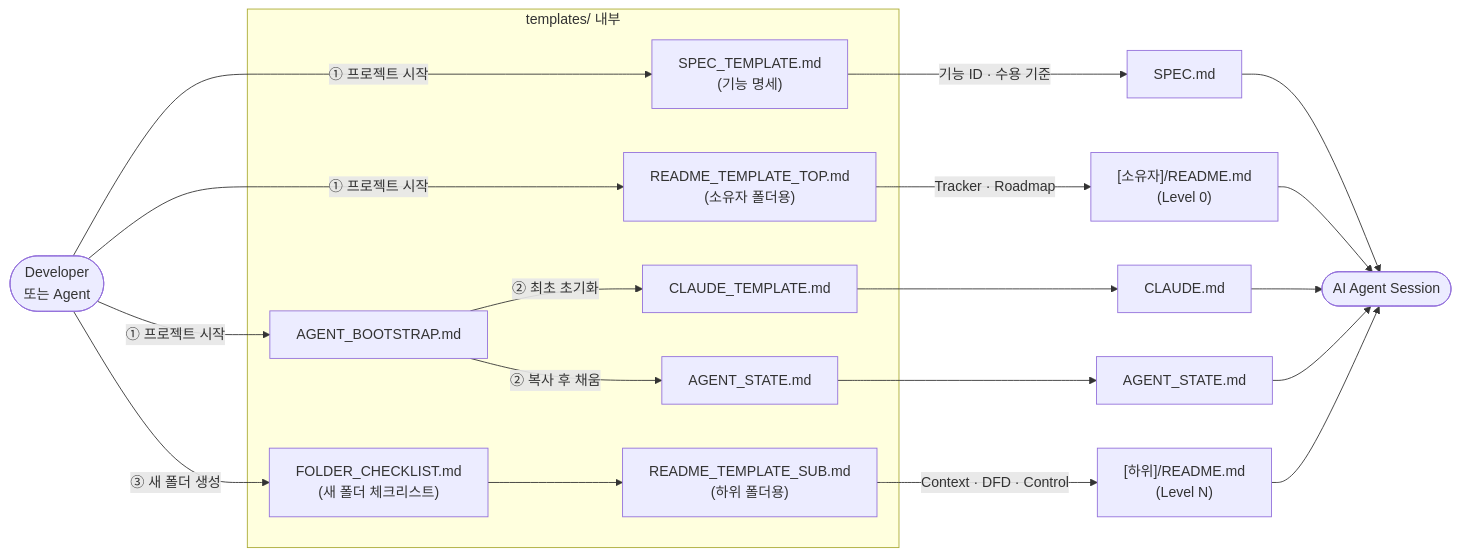
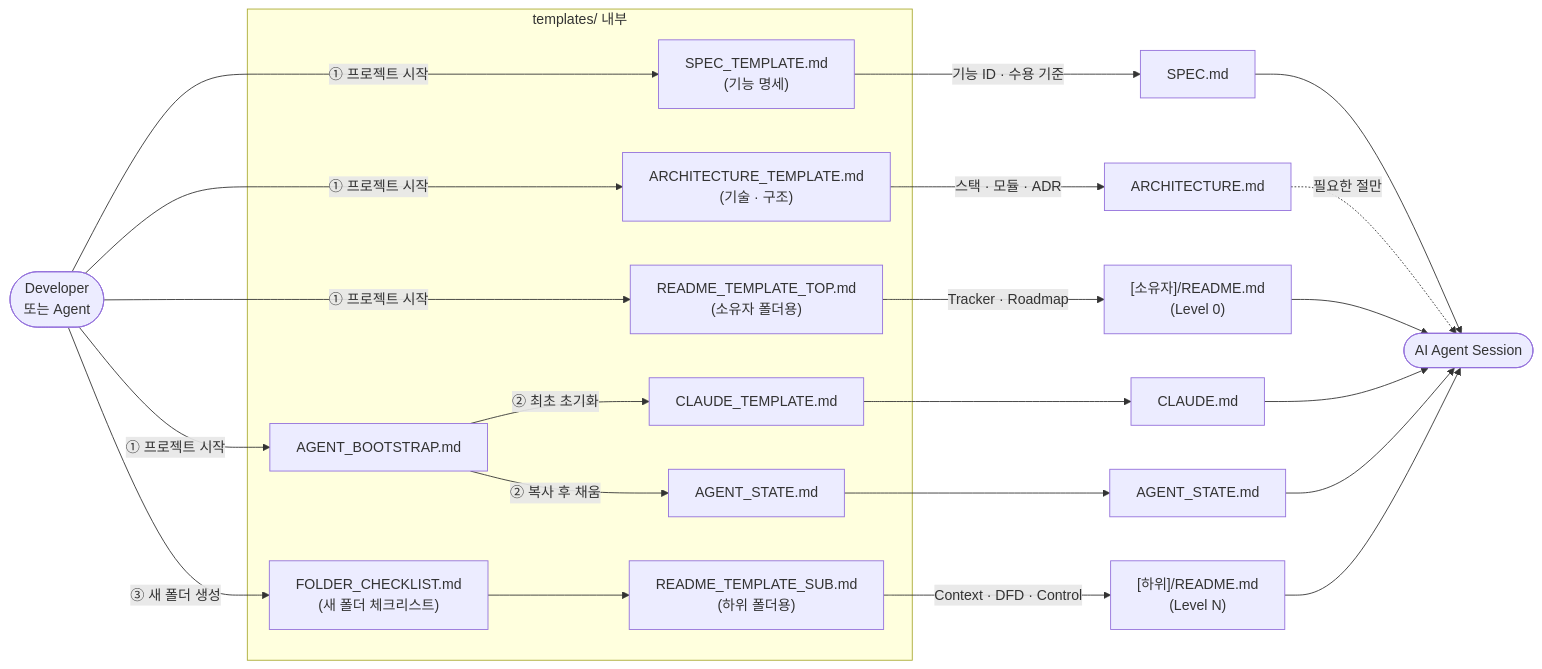
The diagram in templates/README.md (kimtaesung98/ai-agent-chat-demo), drawn with Mermaid before and after one commit. The commit also changed other lines of this file and 21 other files, not shown here.

First line of the commit message:
docs: add ARCHITECTURE.md — current Node MVP + Go/Flutter target (framework v2.1)

````diff
--- a/templates/README.md
+++ b/templates/README.md
@@ -29,30 +29,34 @@
 ```mermaid
 flowchart LR
     Developer([Developer<br>또는 Agent])
 
     subgraph Templates ["templates/ 내부"]
         SPECT["SPEC_TEMPLATE.md<br>(기능 명세)"]
+        ARCHT["ARCHITECTURE_TEMPLATE.md<br>(기술 · 구조)"]
         TMPL_TOP["README_TEMPLATE_TOP.md<br>(소유자 폴더용)"]
         CHKL["FOLDER_CHECKLIST.md<br>(새 폴더 체크리스트)"]
         TMPL_SUB["README_TEMPLATE_SUB.md<br>(하위 폴더용)"]
         CLT["CLAUDE_TEMPLATE.md"]
         BOOT["AGENT_BOOTSTRAP.md"]
         STATET["AGENT_STATE.md"]
     end
 
     Developer -->|"① 프로젝트 시작"| SPECT
+    Developer -->|"① 프로젝트 시작"| ARCHT
     Developer -->|"① 프로젝트 시작"| TMPL_TOP
     Developer -->|"① 프로젝트 시작"| BOOT
     SPECT -->|"기능 ID · 수용 기준"| Spec["SPEC.md"]
+    ARCHT -->|"스택 · 모듈 · ADR"| Arch["ARCHITECTURE.md"]
     TMPL_TOP -->|"Tracker · Roadmap"| TopREADME["[소유자]/README.md<br>(Level 0)"]
     BOOT -->|"② 최초 초기화"| CLT --> Claude["CLAUDE.md"]
     BOOT -->|"② 복사 후 채움"| STATET --> State["AGENT_STATE.md"]
     Developer -->|"③ 새 폴더 생성"| CHKL --> TMPL_SUB
     TMPL_SUB -->|"Context · DFD · Control"| SubREADME["[하위]/README.md<br>(Level N)"]
 
     Spec --> Agent([AI Agent Session])
+    Arch -.->|"필요한 절만"| Agent
     TopREADME --> Agent
     Claude --> Agent
     State --> Agent
     SubREADME --> Agent
 ```
````
